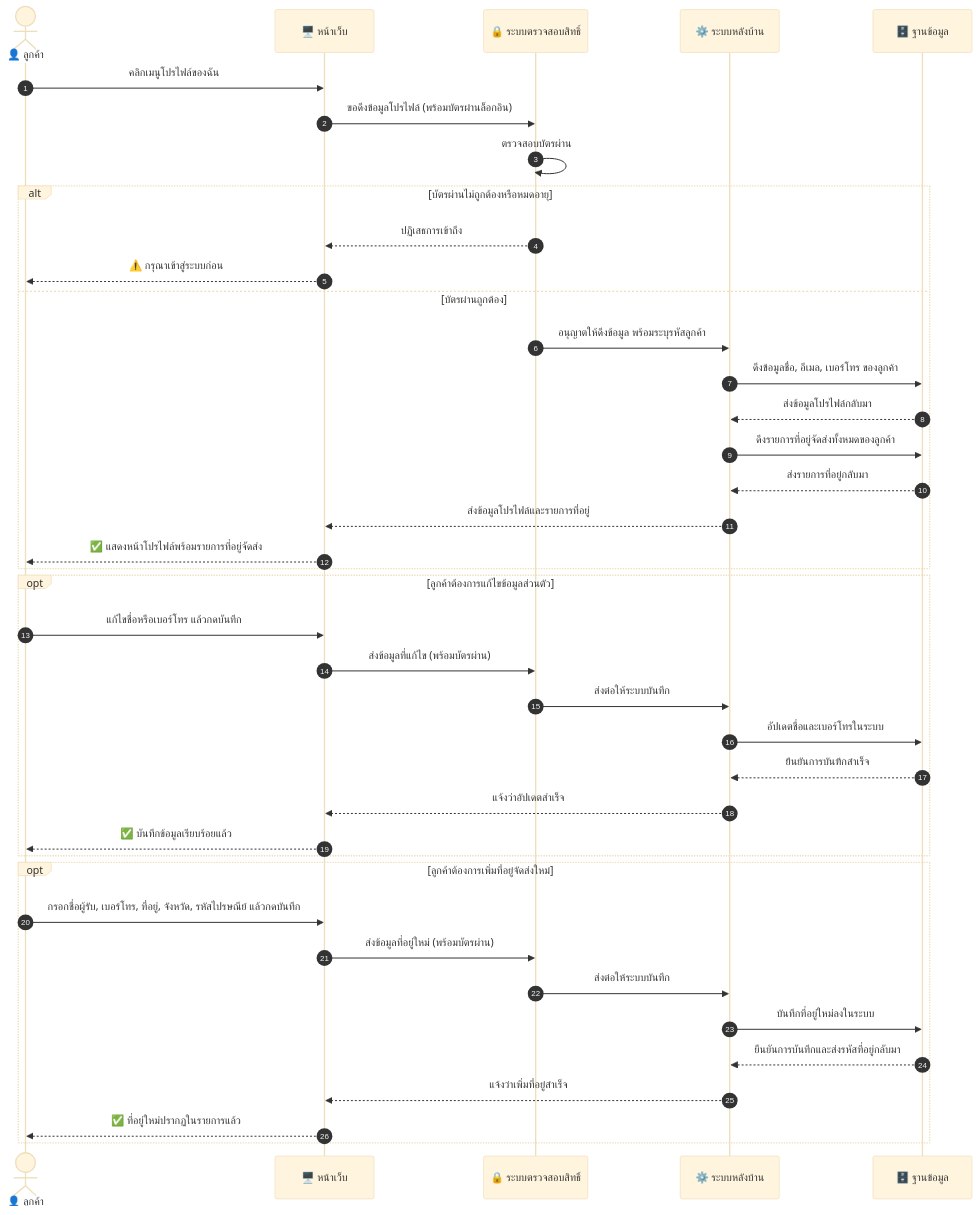
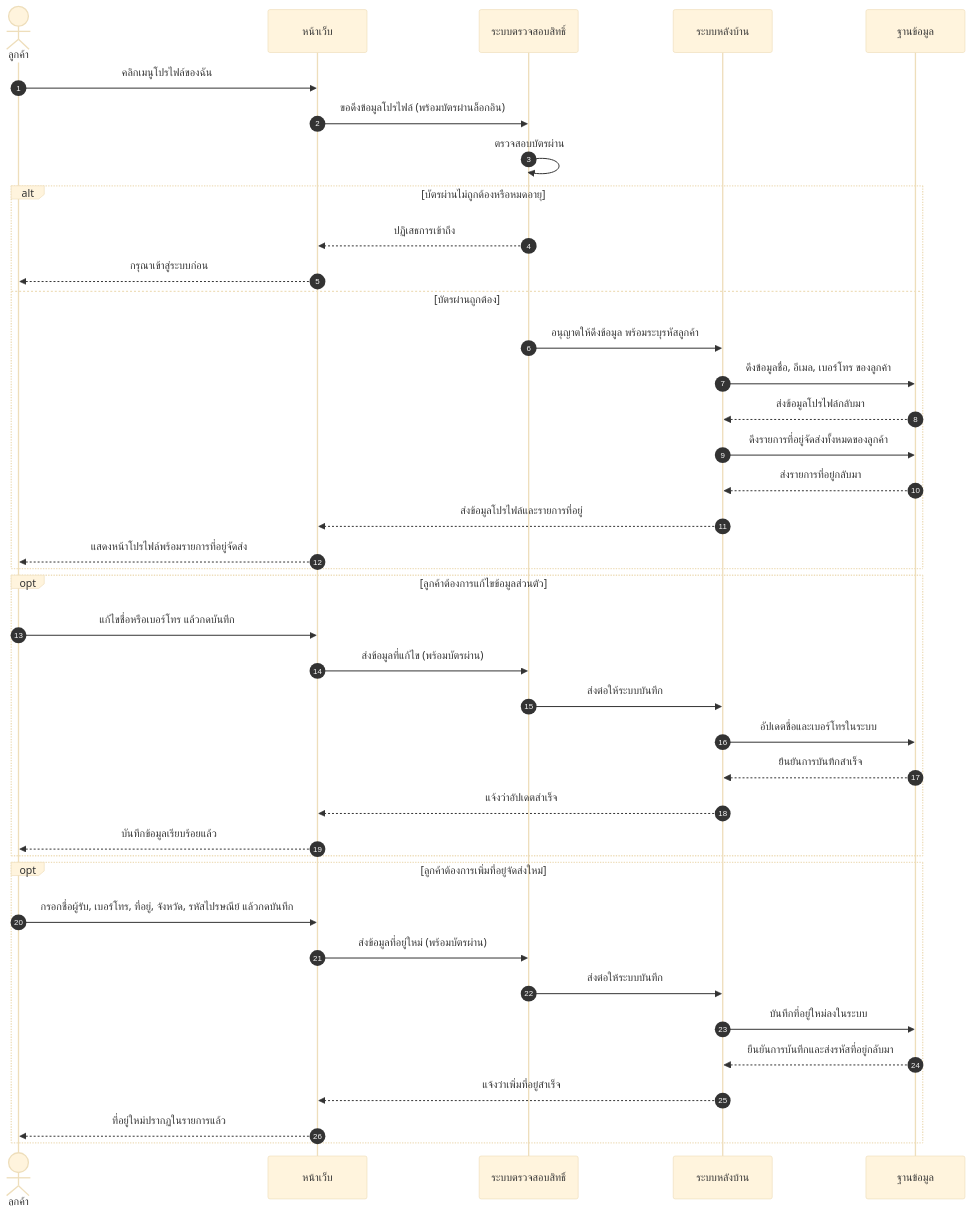
Before and after one commit to SupvichSpuGM/online-bookstore: the fourth of 15 diagrams in diagram/Diagram.md, drawn with Mermaid (base theme). The commit also changed other lines of this file and 1 other file, not shown here.

````diff
--- a/diagram/Diagram.md
+++ b/diagram/Diagram.md
@@ -286,45 +299,45 @@
 ```mermaid
 sequenceDiagram
-    autonumber
-    actor Customer as 👤 ลูกค้า
-    participant Web as 🖥️ หน้าเว็บ
-    participant Guard as 🔒 ระบบตรวจสอบสิทธิ์
-    participant App as ⚙️ ระบบหลังบ้าน
-    participant DB as 🗄️ ฐานข้อมูล
+  autonumber
+  actor Customer as ลูกค้า
+  participant Web as หน้าเว็บ
+  participant Guard as ระบบตรวจสอบสิทธิ์
+  participant App as ระบบหลังบ้าน
+  participant DB as ฐานข้อมูล
 
-    Customer->>Web: คลิกเมนูโปรไฟล์ของฉัน
-    Web->>Guard: ขอดึงข้อมูลโปรไฟล์ (พร้อมบัตรผ่านล็อกอิน)
-    Guard->>Guard: ตรวจสอบบัตรผ่าน
-    alt บัตรผ่านไม่ถูกต้องหรือหมดอายุ
-        Guard-->>Web: ปฏิเสธการเข้าถึง
-        Web-->>Customer: ⚠️ กรุณาเข้าสู่ระบบก่อน
-    else บัตรผ่านถูกต้อง
-        Guard->>App: อนุญาตให้ดึงข้อมูล พร้อมระบุรหัสลูกค้า
-        App->>DB: ดึงข้อมูลชื่อ, อีเมล, เบอร์โทร ของลูกค้า
-        DB-->>App: ส่งข้อมูลโปรไฟล์กลับมา
-        App->>DB: ดึงรายการที่อยู่จัดส่งทั้งหมดของลูกค้า
-        DB-->>App: ส่งรายการที่อยู่กลับมา
-        App-->>Web: ส่งข้อมูลโปรไฟล์และรายการที่อยู่
-        Web-->>Customer: ✅ แสดงหน้าโปรไฟล์พร้อมรายการที่อยู่จัดส่ง
-    end
+  Customer->>Web: คลิกเมนูโปรไฟล์ของฉัน
+  Web->>Guard: ขอดึงข้อมูลโปรไฟล์ (พร้อมบัตรผ่านล็อกอิน)
+  Guard->>Guard: ตรวจสอบบัตรผ่าน
+  alt บัตรผ่านไม่ถูกต้องหรือหมดอายุ
+    Guard-->>Web: ปฏิเสธการเข้าถึง
+    Web-->>Customer: กรุณาเข้าสู่ระบบก่อน
+  else บัตรผ่านถูกต้อง
+    Guard->>App: อนุญาตให้ดึงข้อมูล พร้อมระบุรหัสลูกค้า
+    App->>DB: ดึงข้อมูลชื่อ, อีเมล, เบอร์โทร ของลูกค้า
+    DB-->>App: ส่งข้อมูลโปรไฟล์กลับมา
+    App->>DB: ดึงรายการที่อยู่จัดส่งทั้งหมดของลูกค้า
+    DB-->>App: ส่งรายการที่อยู่กลับมา
+    App-->>Web: ส่งข้อมูลโปรไฟล์และรายการที่อยู่
+    Web-->>Customer: แสดงหน้าโปรไฟล์พร้อมรายการที่อยู่จัดส่ง
+  end
 
-    opt ลูกค้าต้องการแก้ไขข้อมูลส่วนตัว
-        Customer->>Web: แก้ไขชื่อหรือเบอร์โทร แล้วกดบันทึก
-        Web->>Guard: ส่งข้อมูลที่แก้ไข (พร้อมบัตรผ่าน)
-        Guard->>App: ส่งต่อให้ระบบบันทึก
-        App->>DB: อัปเดตชื่อและเบอร์โทรในระบบ
-        DB-->>App: ยืนยันการบันทึกสำเร็จ
-        App-->>Web: แจ้งว่าอัปเดตสำเร็จ
-        Web-->>Customer: ✅ บันทึกข้อมูลเรียบร้อยแล้ว
-    end
+  opt ลูกค้าต้องการแก้ไขข้อมูลส่วนตัว
+    Customer->>Web: แก้ไขชื่อหรือเบอร์โทร แล้วกดบันทึก
+    Web->>Guard: ส่งข้อมูลที่แก้ไข (พร้อมบัตรผ่าน)
+    Guard->>App: ส่งต่อให้ระบบบันทึก
+    App->>DB: อัปเดตชื่อและเบอร์โทรในระบบ
+    DB-->>App: ยืนยันการบันทึกสำเร็จ
+    App-->>Web: แจ้งว่าอัปเดตสำเร็จ
+    Web-->>Customer: บันทึกข้อมูลเรียบร้อยแล้ว
+  end
 
-    opt ลูกค้าต้องการเพิ่มที่อยู่จัดส่งใหม่
-        Customer->>Web: กรอกชื่อผู้รับ, เบอร์โทร, ที่อยู่, จังหวัด, รหัสไปรษณีย์ แล้วกดบันทึก
-        Web->>Guard: ส่งข้อมูลที่อยู่ใหม่ (พร้อมบัตรผ่าน)
-        Guard->>App: ส่งต่อให้ระบบบันทึก
-        App->>DB: บันทึกที่อยู่ใหม่ลงในระบบ
-        DB-->>App: ยืนยันการบันทึกและส่งรหัสที่อยู่กลับมา
-        App-->>Web: แจ้งว่าเพิ่มที่อยู่สำเร็จ
-        Web-->>Customer: ✅ ที่อยู่ใหม่ปรากฏในรายการแล้ว
-    end
+  opt ลูกค้าต้องการเพิ่มที่อยู่จัดส่งใหม่
+    Customer->>Web: กรอกชื่อผู้รับ, เบอร์โทร, ที่อยู่, จังหวัด, รหัสไปรษณีย์ แล้วกดบันทึก
+    Web->>Guard: ส่งข้อมูลที่อยู่ใหม่ (พร้อมบัตรผ่าน)
+    Guard->>App: ส่งต่อให้ระบบบันทึก
+    App->>DB: บันทึกที่อยู่ใหม่ลงในระบบ
+    DB-->>App: ยืนยันการบันทึกและส่งรหัสที่อยู่กลับมา
+    App-->>Web: แจ้งว่าเพิ่มที่อยู่สำเร็จ
+    Web-->>Customer: ที่อยู่ใหม่ปรากฏในรายการแล้ว
+  end
 ```
````
